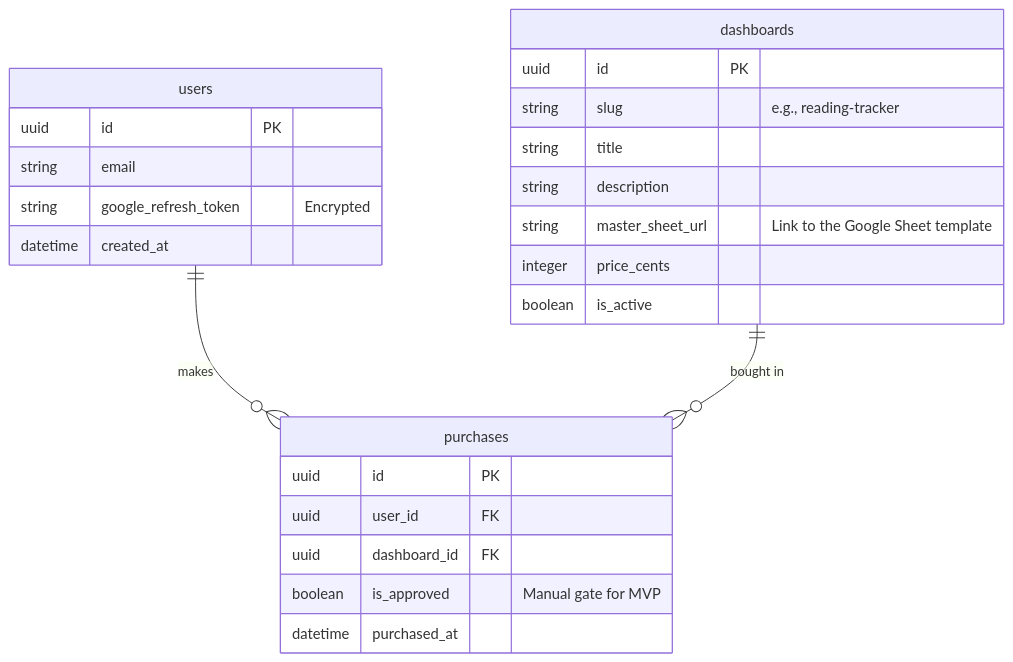
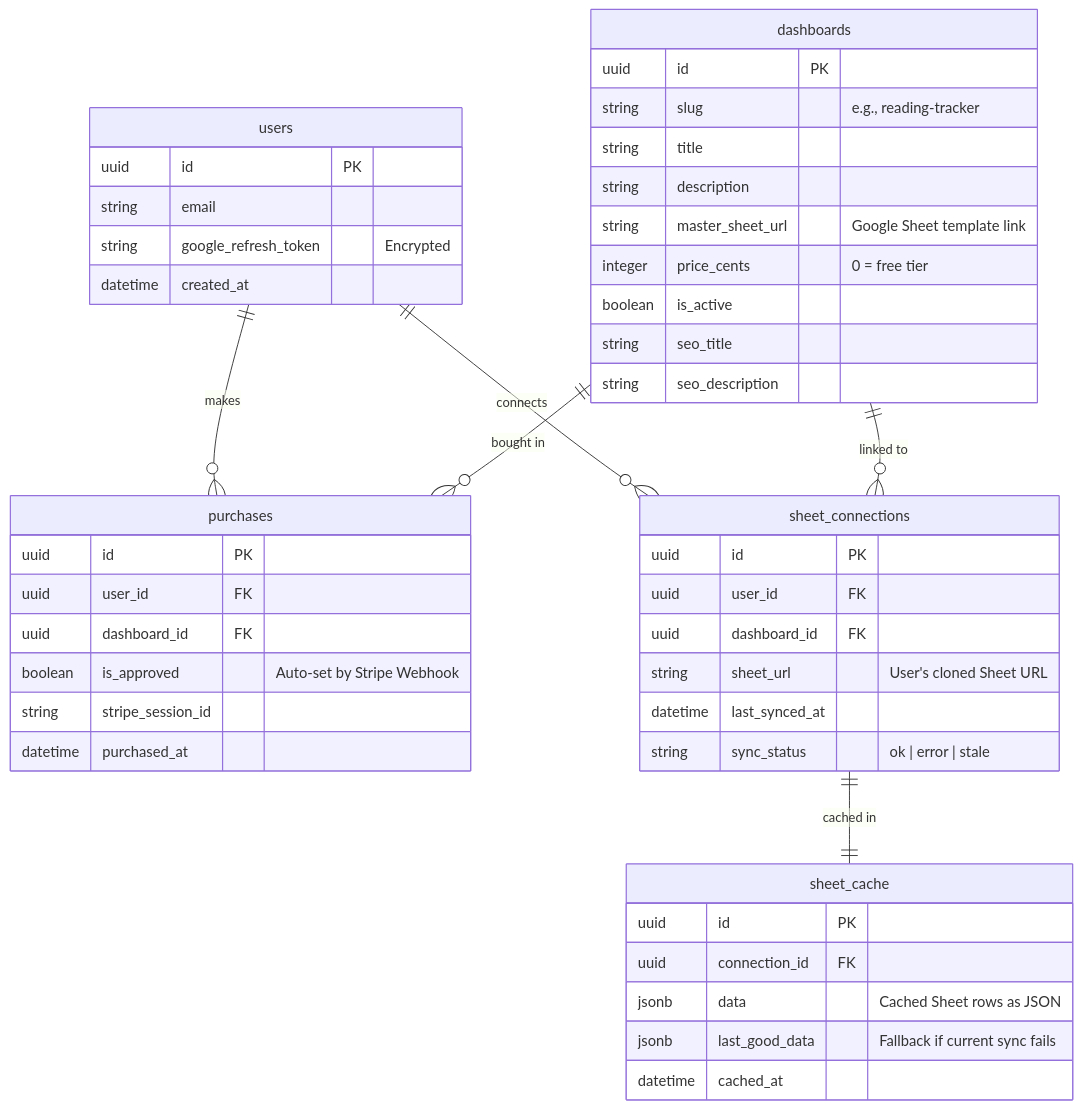
The sixth of 6 diagrams in projects/dashboard-hub/architecture.md (baoln1412/project-planning), drawn with Mermaid before and after one commit. The commit also changed other lines of this file and 30 other files, not shown here.

````diff
--- a/projects/dashboard-hub/architecture.md
+++ b/projects/dashboard-hub/architecture.md
@@ -162,30 +215,53 @@
 ```mermaid
 erDiagram
     users {
         uuid id PK
         string email
         string google_refresh_token "Encrypted"
         datetime created_at
     }
 
     dashboards {
         uuid id PK
         string slug "e.g., reading-tracker"
         string title
         string description
-        string master_sheet_url "Link to the Google Sheet template"
-        integer price_cents
+        string master_sheet_url "Google Sheet template link"
+        integer price_cents "0 = free tier"
         boolean is_active
+        string seo_title
+        string seo_description
     }
 
     purchases {
         uuid id PK
         uuid user_id FK
         uuid dashboard_id FK
-        boolean is_approved "Manual gate for MVP"
+        boolean is_approved "Auto-set by Stripe Webhook"
+        string stripe_session_id
         datetime purchased_at
+    }
+
+    sheet_connections {
+        uuid id PK
+        uuid user_id FK
+        uuid dashboard_id FK
+        string sheet_url "User's cloned Sheet URL"
+        datetime last_synced_at
+        string sync_status "ok | error | stale"
+    }
+
+    sheet_cache {
+        uuid id PK
+        uuid connection_id FK
+        jsonb data "Cached Sheet rows as JSON"
+        jsonb last_good_data "Fallback if current sync fails"
+        datetime cached_at
     }
 
     users ||--o{ purchases : "makes"
     dashboards ||--o{ purchases : "bought in"
+    users ||--o{ sheet_connections : "connects"
+    dashboards ||--o{ sheet_connections : "linked to"
+    sheet_connections ||--|| sheet_cache : "cached in"
 ```
````
